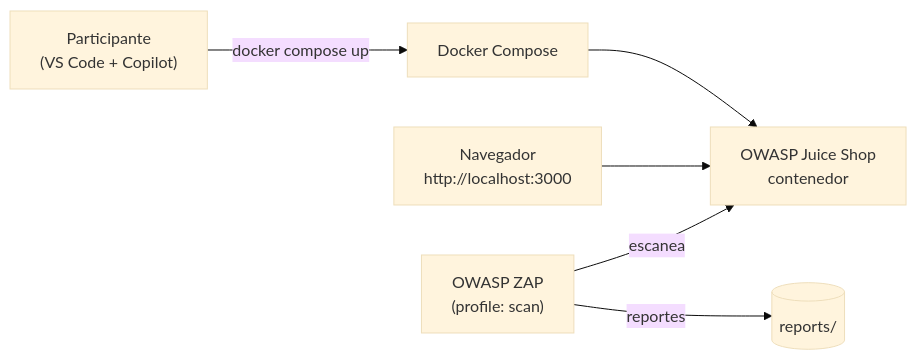
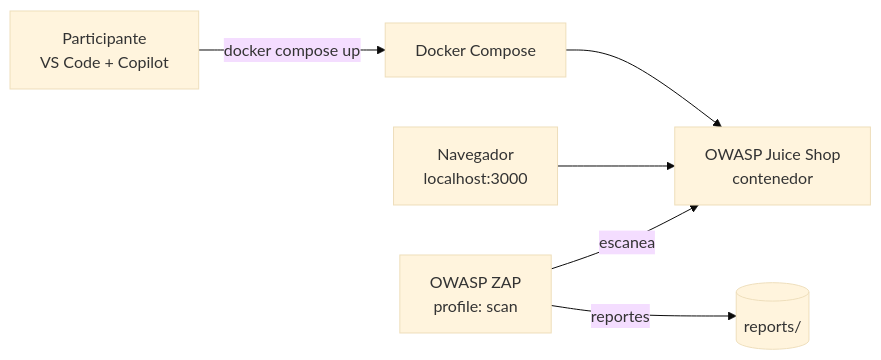
The diagram in README.md (raven-operations/copilot-dast-workshop), drawn with Mermaid (base theme) before and after one commit. The commit also changed 1 other file, not shown here.

Commit message:
fix: correct formatting in architecture diagrams for clarity

````diff
--- a/README.md
+++ b/README.md
@@ -44,8 +44,15 @@
 ```mermaid
 flowchart LR
-    Dev["Participante<br/>(VS Code + Copilot)"] -->|docker compose up| Compose["Docker Compose"]
-    Compose --> Juice["OWASP Juice Shop<br/>contenedor"]
-    Browser["Navegador<br/>http://localhost:3000"] --> Juice
-    ZAP["OWASP ZAP<br/>(profile: scan)"] -->|escanea| Juice
-    ZAP -->|reportes| Reports[("reports/")]
+    Dev["Participante<br>VS Code + Copilot"]
+    Compose["Docker Compose"]
+    Juice["OWASP Juice Shop<br>contenedor"]
+    Browser["Navegador<br>localhost:3000"]
+    ZAP["OWASP ZAP<br>profile: scan"]
+    Reports[("reports/")]
+
+    Dev -->|docker compose up| Compose
+    Compose --> Juice
+    Browser --> Juice
+    ZAP -->|escanea| Juice
+    ZAP -->|reportes| Reports
 ```
````
